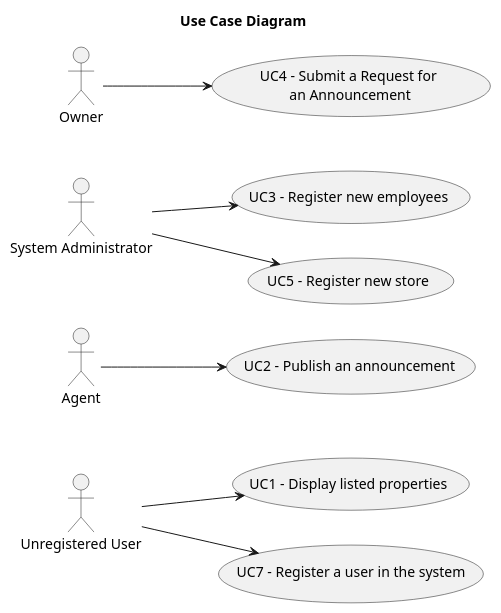
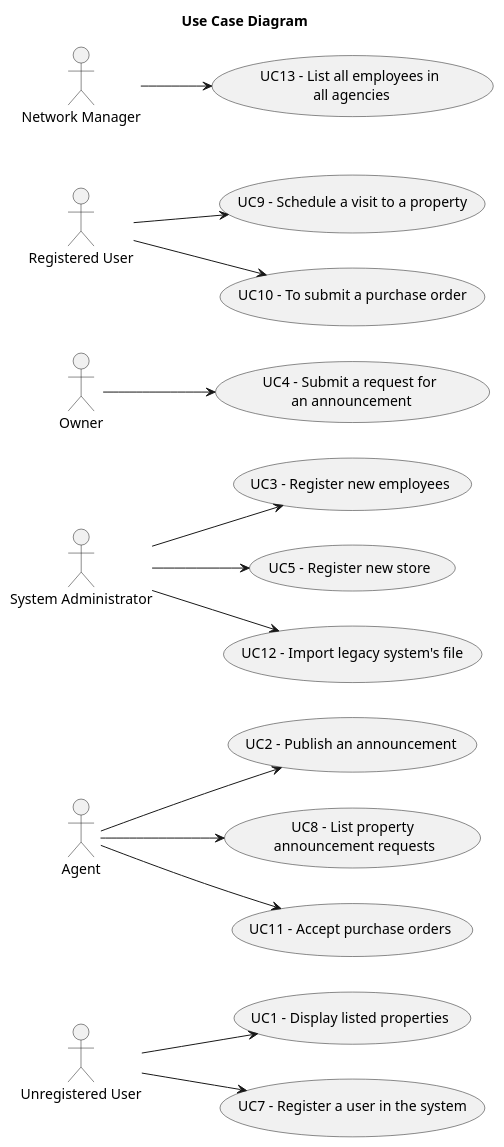
One commit to rita-barbosa/LAPR2-2223 changed the diagram in docs/sprintC/global-artifacts/01.requirements-engineering/puml/use-case-diagram.puml. Above: the diagram before and after it, drawn with PlantUML. The commit also changed 1 other file, not shown here.

```diff
--- a/docs/sprintC/global-artifacts/01.requirements-engineering/puml/use-case-diagram.puml
+++ b/docs/sprintC/global-artifacts/01.requirements-engineering/puml/use-case-diagram.puml
@@ -1,26 +1,39 @@
 @startuml
 'skinparam monochrome true
 skinparam packageStyle rectangle
 'skinparam shadowing false
 
 skinparam rectangle{
     BorderColor yellow
 }
 
 title Use Case Diagram
 
 left to right direction
 
     usecase "UC1 - Display listed properties" as UC1
         "Unregistered User" --> UC1
     usecase "UC2 - Publish an announcement" as UC2
         "Agent" --> UC2
     usecase "UC3 - Register new employees" as UC3
         "System Administrator" --> UC3
+    usecase "UC4 - Submit a request for\n an announcement" as UC4
+        "Owner" --> UC4
     usecase "UC5 - Register new store" as UC5
         "System Administrator" --> UC5
-     usecase "UC4 - Submit a Request for\n an Announcement" as UC4
-        "Owner" --> UC4
     usecase "UC7 - Register a user in the system" as UC7
         "Unregistered User" --> UC7
+    usecase "UC8 - List property\n announcement requests" as UC8
+       "Agent" --> UC8
+    usecase "UC9 - Schedule a visit to a property" as UC9
+       "Registered User" --> UC9
+    usecase "UC10 - To submit a purchase order" as UC10
+       "Registered User" --> UC10
+    usecase "UC11 - Accept purchase orders" as UC11
+       "Agent" --> UC11
+    usecase "UC12 - Import legacy system's file" as UC12
+       "System Administrator" --> UC12
+    usecase "UC13 - List all employees in\n all agencies" as UC13
+       "Network Manager" --> UC13
+
 @enduml
```
